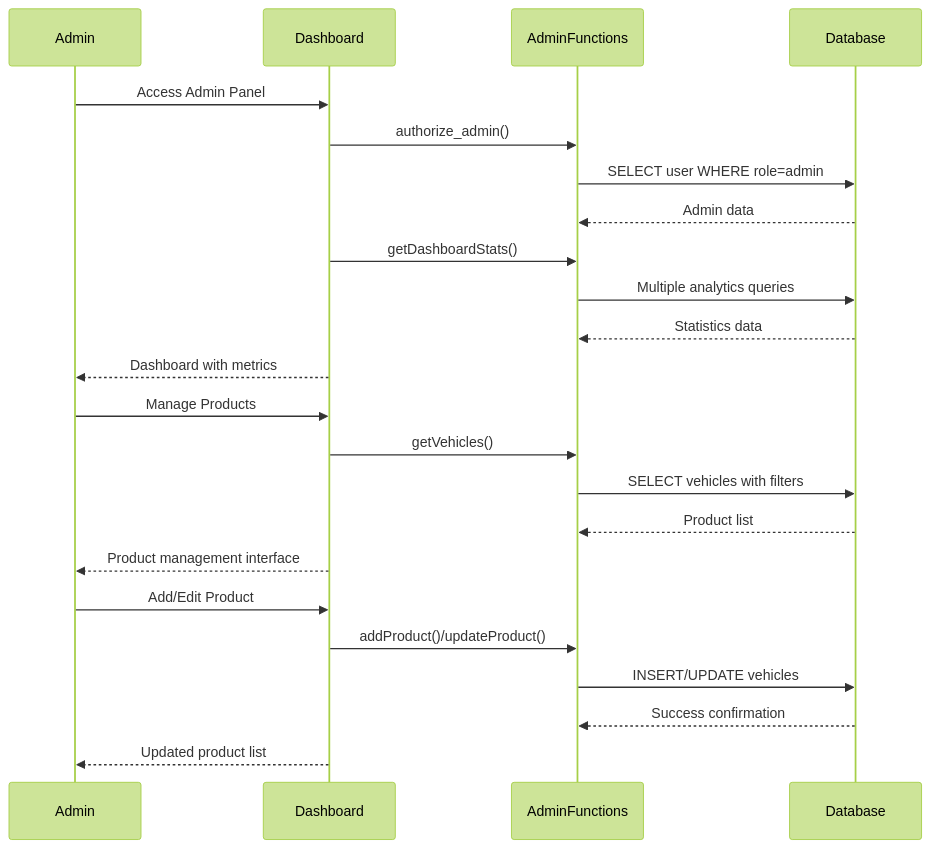
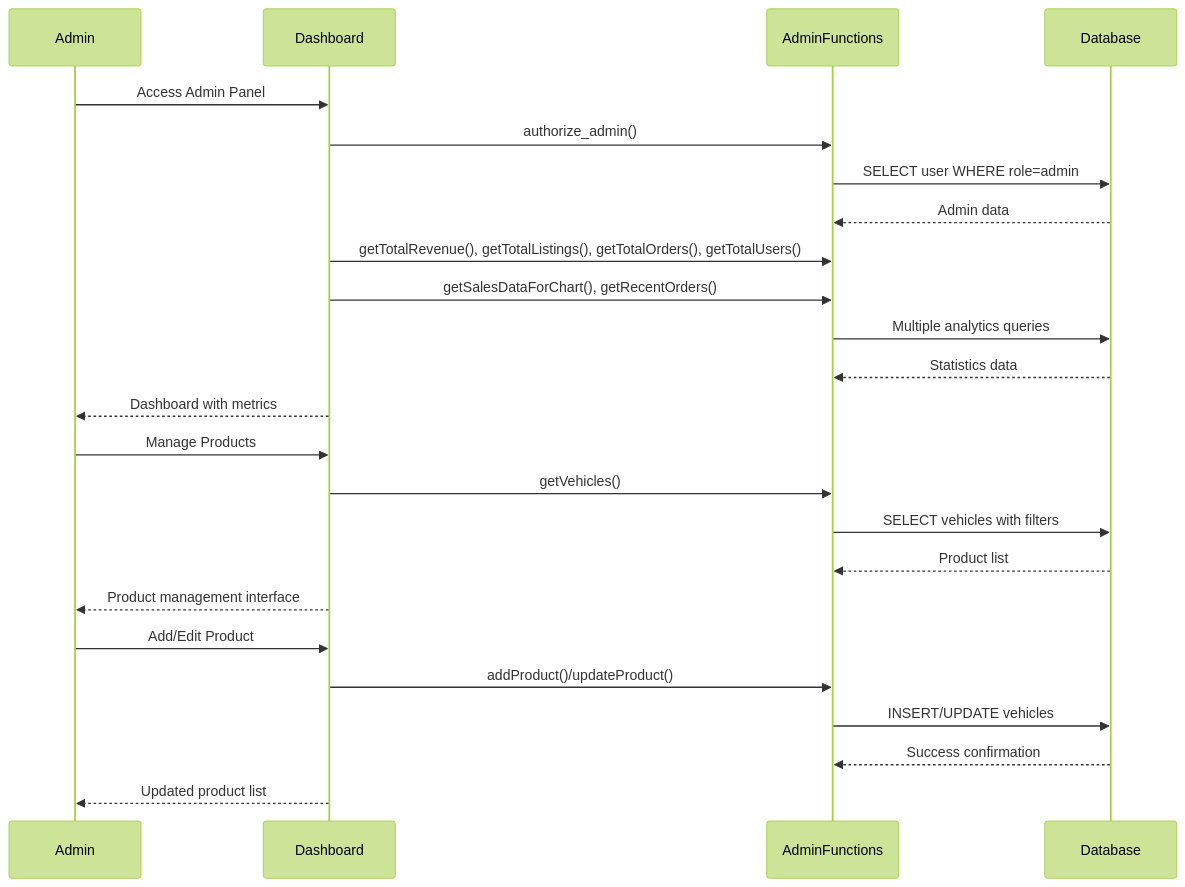
One commit to dreadlord-sedai/AuraEdition changed the third of 5 diagrams in docs/architecture.md. Above: the diagram before and after it, drawn with Mermaid (forest theme). The commit also changed other lines of this file and 313 other files, not shown here.

````diff
--- a/docs/architecture.md
+++ b/docs/architecture.md
@@ -250,28 +253,29 @@
 ```mermaid
 sequenceDiagram
     participant A as Admin
     participant D as Dashboard
     participant F as AdminFunctions
     participant DB as Database
     
     A->>D: Access Admin Panel
     D->>F: authorize_admin()
     F->>DB: SELECT user WHERE role=admin
     DB-->>F: Admin data
-    D->>F: getDashboardStats()
+    D->>F: getTotalRevenue(), getTotalListings(), getTotalOrders(), getTotalUsers()
+    D->>F: getSalesDataForChart(), getRecentOrders()
     F->>DB: Multiple analytics queries
     DB-->>F: Statistics data
     D-->>A: Dashboard with metrics
     
     A->>D: Manage Products
     D->>F: getVehicles()
     F->>DB: SELECT vehicles with filters
     DB-->>F: Product list
     D-->>A: Product management interface
     
     A->>D: Add/Edit Product
     D->>F: addProduct()/updateProduct()
     F->>DB: INSERT/UPDATE vehicles
     DB-->>F: Success confirmation
     D-->>A: Updated product list
 ```
````
